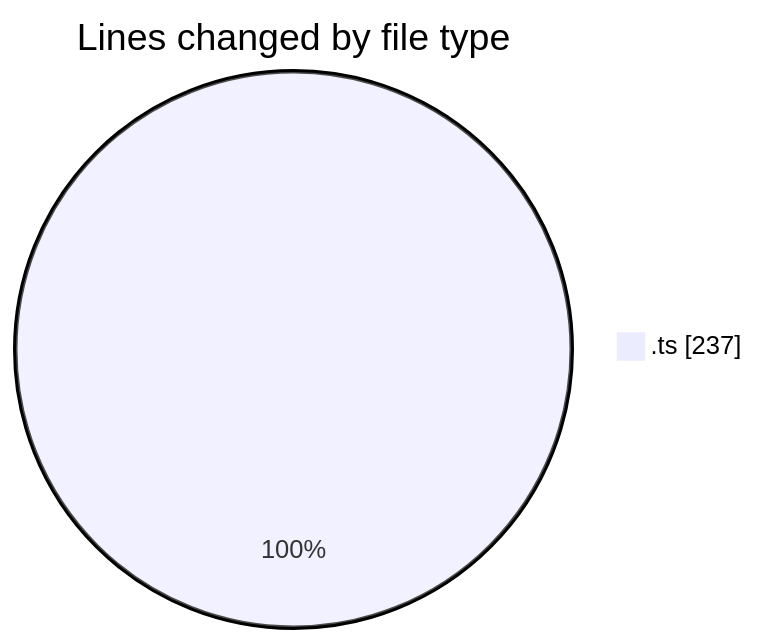
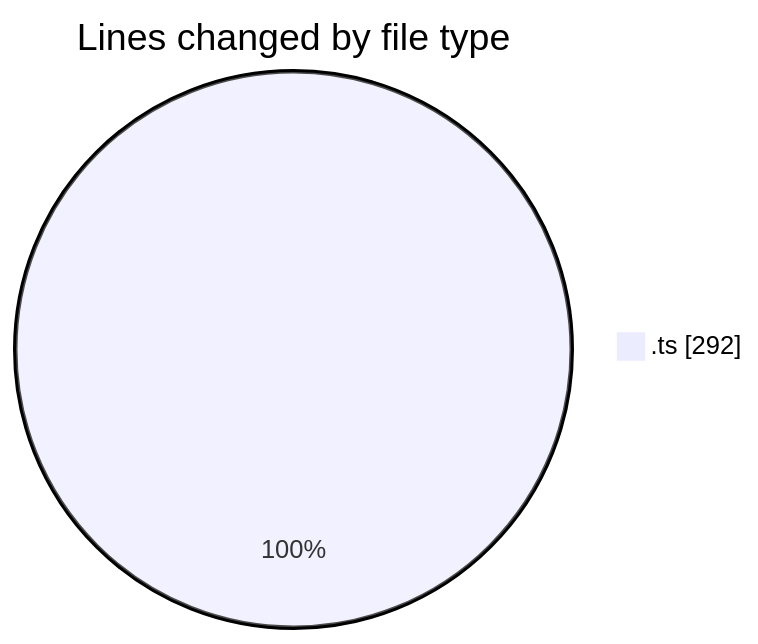
Before and after one commit to momahboobian/code-tracking: the first of 2 diagrams in 2025-08-07/cda/README.md, drawn with Mermaid. The commit also changed other lines of this file and 1 other file, not shown here.

````diff
--- a/2025-08-07/cda/README.md
+++ b/2025-08-07/cda/README.md
@@ -20,5 +20,5 @@
 ```mermaid
 pie showData
 title Lines changed by file type
-".ts" : 237
+".ts" : 292
 ```
````
